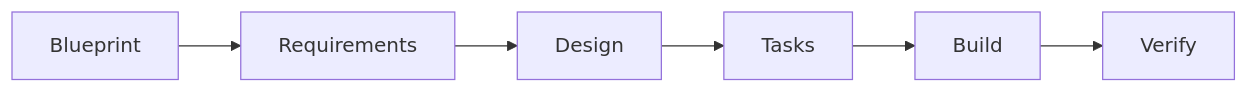
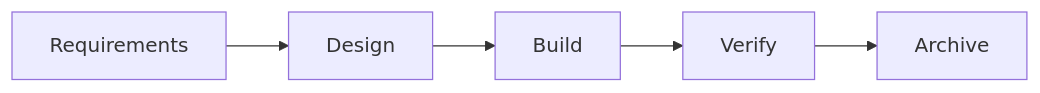
One commit to rp1-run/rp1 changed the first of 2 diagrams in docs/guides/feature-development.md. Above: the diagram before and after it, drawn with Mermaid. The commit also changed other lines of this file and 12 other files, not shown here.

````diff
--- a/docs/guides/feature-development.md
+++ b/docs/guides/feature-development.md
@@ -40,8 +41,7 @@
 ```mermaid
 flowchart LR
-    B[Blueprint] --> R[Requirements]
-    R --> D[Design]
-    D --> T[Tasks]
-    T --> Bu[Build]
+    R[Requirements] --> D[Design]
+    D --> Bu[Build]
     Bu --> V[Verify]
+    V --> A[Archive]
 ```
````
